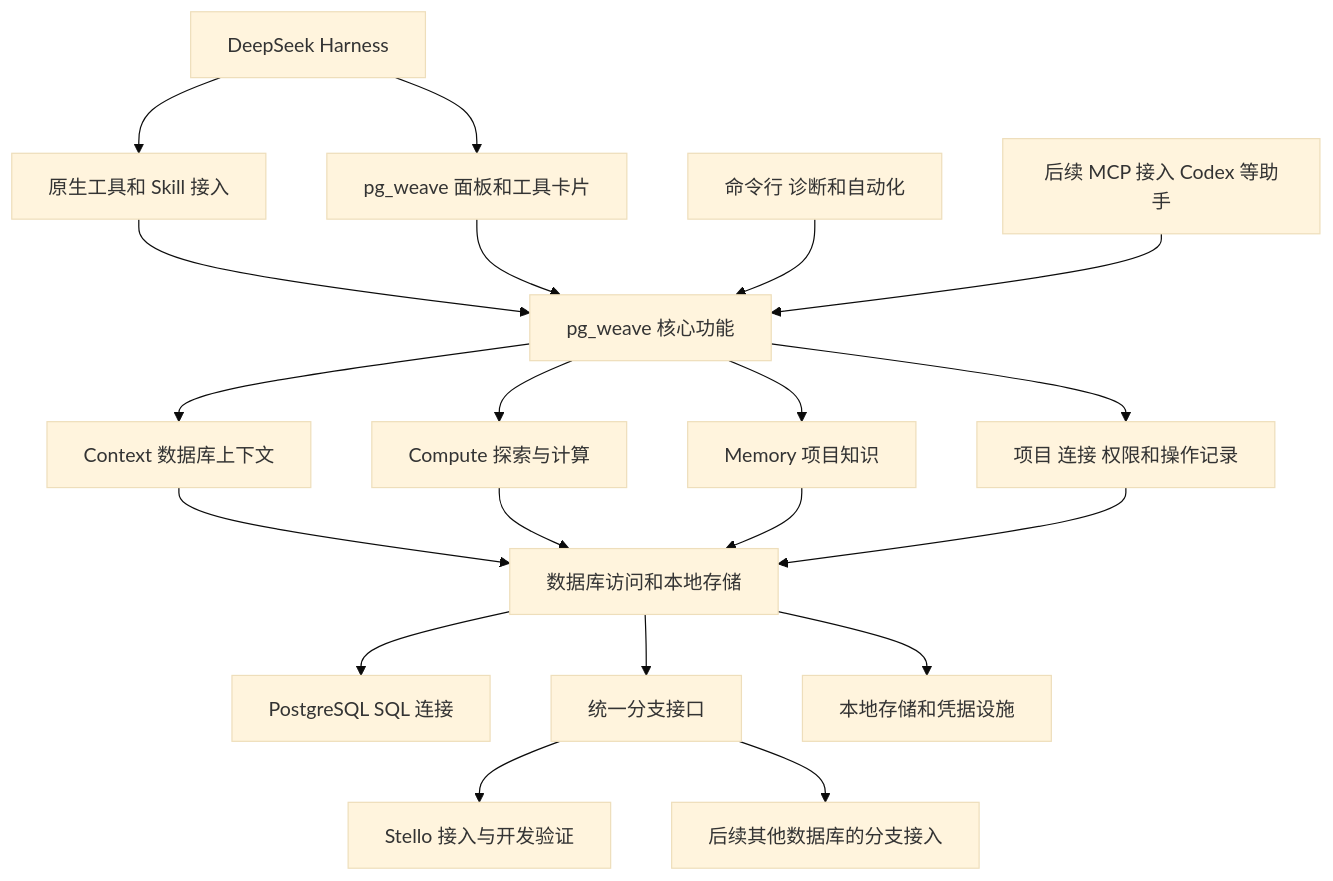
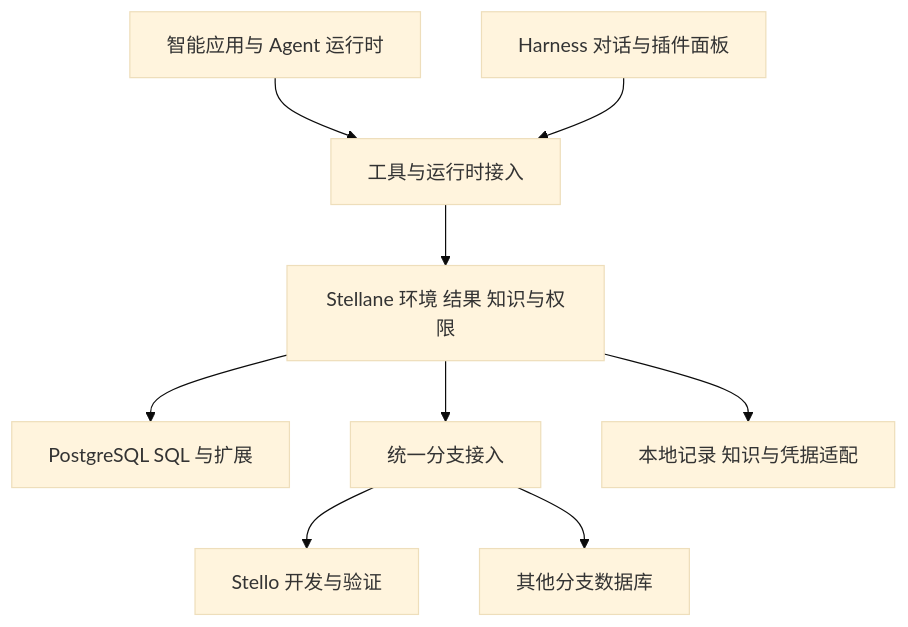
The diagram in PRODUCT.md (czNail/Stellane), drawn with Mermaid (base theme) before and after one commit. The commit also changed other lines of this file and 1 other file, not shown here.

Commit message:
docs: define Stellane agent data environments

````diff
--- a/PRODUCT.md
+++ b/PRODUCT.md
@@ -155,22 +166,11 @@
 ```mermaid
 flowchart TB
-    HARNESS[DeepSeek Harness] --> ADAPTER[原生工具和 Skill 接入]
-    HARNESS --> UI[pg_weave 面板和工具卡片]
-    ADAPTER --> CORE[pg_weave 核心功能]
-    UI --> CORE
-    CLI[命令行 诊断和自动化] --> CORE
-    MCP[后续 MCP 接入 Codex 等助手] --> CORE
-    CORE --> CONTEXT[Context 数据库上下文]
-    CORE --> COMPUTE[Compute 探索与计算]
-    CORE --> MEMORY[Memory 项目知识]
-    CORE --> SHARED[项目 连接 权限和操作记录]
-    CONTEXT --> IO[数据库访问和本地存储]
-    COMPUTE --> IO
-    MEMORY --> IO
-    SHARED --> IO
-    IO --> PG[PostgreSQL SQL 连接]
-    IO --> BRANCH[统一分支接口]
-    IO --> LOCAL[本地存储和凭据设施]
-    BRANCH --> STELLO[Stello 接入与开发验证]
-    BRANCH --> OTHER[后续其他数据库的分支接入]
+    APP[智能应用与 Agent 运行时] --> HOST[工具与运行时接入]
+    HARNESS[Harness 对话与插件面板] --> HOST
+    HOST --> CORE[Stellane 环境 结果 知识与权限]
+    CORE --> SQL[PostgreSQL SQL 与扩展]
+    CORE --> PROVIDER[统一分支接入]
+    CORE --> LOCAL[本地记录 知识与凭据适配]
+    PROVIDER --> STELLO[Stello 开发与验证]
+    PROVIDER --> OTHER[其他分支数据库]
 ```
````
